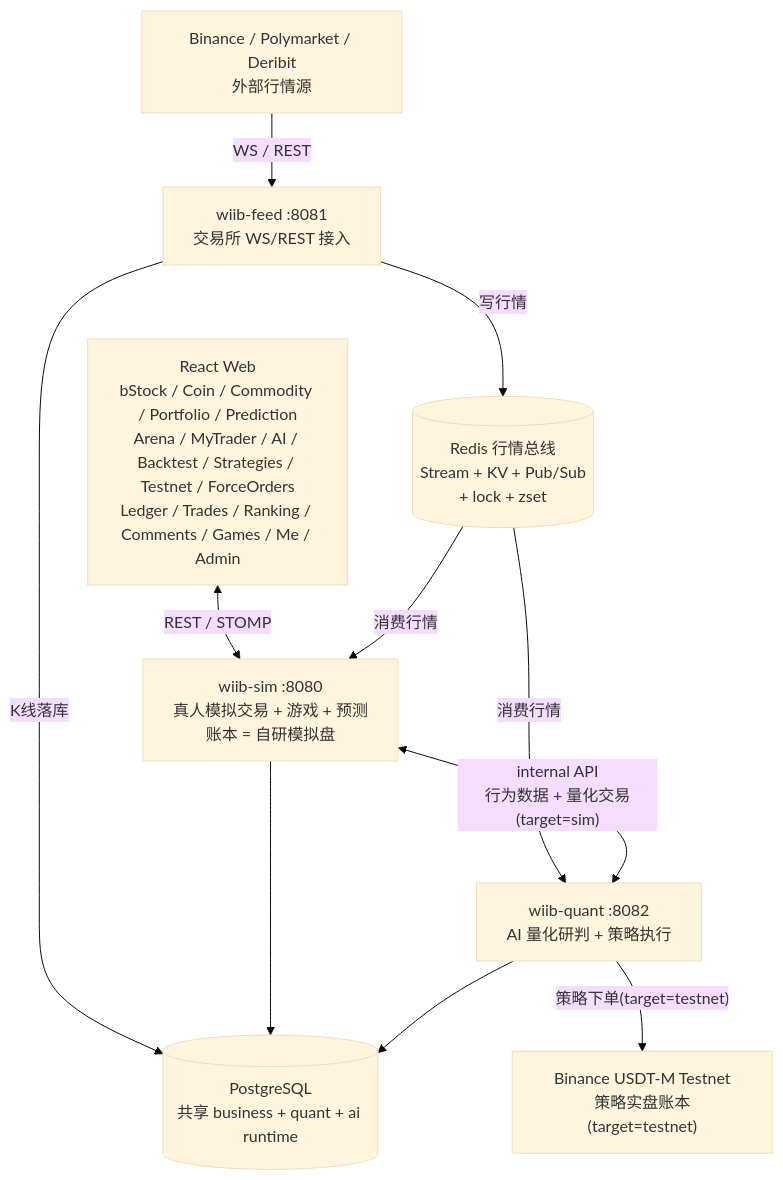
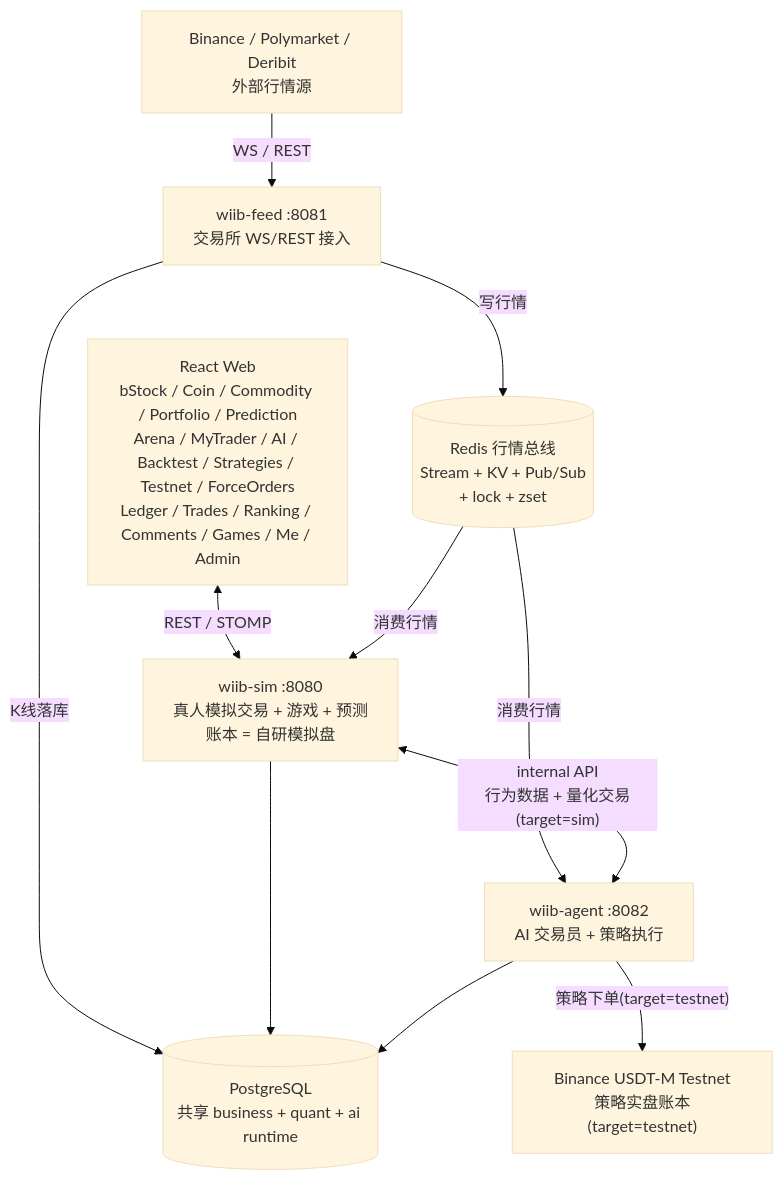
One commit to mamawai/wiib changed the diagram in docs/architecture.md. Above: the diagram before and after it, drawn with Mermaid (base theme). The commit also changed other lines of this file and 416 other files, not shown here.

First line of the commit message:
refactor: wiib-quant 拆分——新增 wiib-agent 进程模块，quant 降级为库

````diff
--- a/docs/architecture.md
+++ b/docs/architecture.md
@@ -9,22 +9,22 @@
 ```mermaid
 flowchart TD
     UI["React Web<br/>bStock / Coin / Commodity / Portfolio / Prediction<br/>Arena / MyTrader / AI / Backtest / Strategies / Testnet / ForceOrders<br/>Ledger / Trades / Ranking / Comments / Games / Me / Admin"]
     EXC["Binance / Polymarket / Deribit<br/>外部行情源"]
     FEED["wiib-feed :8081<br/>交易所 WS/REST 接入"]
     SIM["wiib-sim :8080<br/>真人模拟交易 + 游戏 + 预测<br/>账本 = 自研模拟盘"]
-    QUANT["wiib-quant :8082<br/>AI 量化研判 + 策略执行"]
+    AGENT["wiib-agent :8082<br/>AI 交易员 + 策略执行"]
     DB[("PostgreSQL<br/>共享 business + quant + ai runtime")]
     REDIS[("Redis 行情总线<br/>Stream + KV + Pub/Sub<br/>+ lock + zset")]
     TESTNET["Binance USDT-M Testnet<br/>策略实盘账本(target=testnet)"]
 
     EXC -->|WS / REST| FEED
     FEED -->|写行情| REDIS
     FEED -->|K线落库| DB
     UI <-->|REST / STOMP| SIM
     REDIS -->|消费行情| SIM
-    REDIS -->|消费行情| QUANT
+    REDIS -->|消费行情| AGENT
     SIM --> DB
-    QUANT --> DB
-    SIM <-->|"internal API<br/>行为数据 + 量化交易(target=sim)"| QUANT
-    QUANT -->|"策略下单(target=testnet)"| TESTNET
+    AGENT --> DB
+    SIM <-->|"internal API<br/>行为数据 + 量化交易(target=sim)"| AGENT
+    AGENT -->|"策略下单(target=testnet)"| TESTNET
 ```
````
